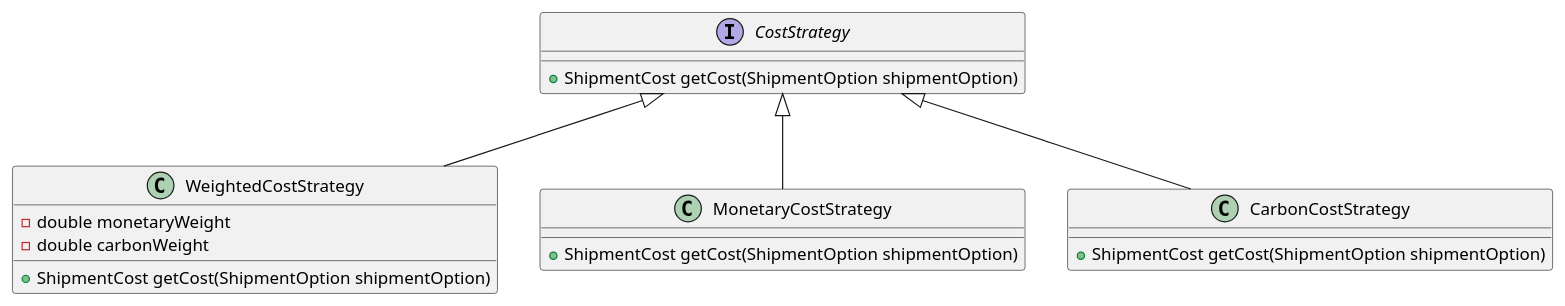
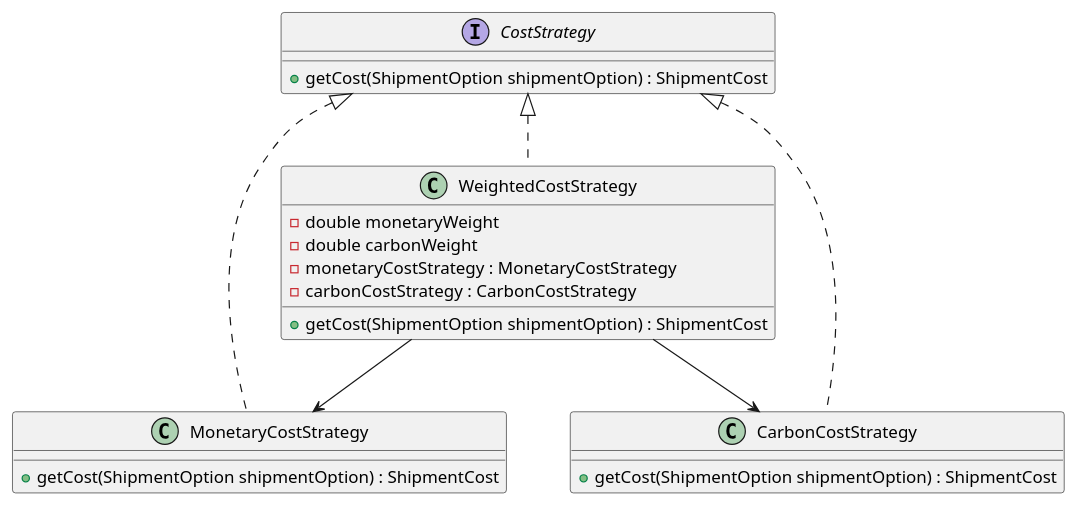
Before and after one commit to f-julie/bd-designing-with-java-project-me: the diagram in src/resources/mastery_task_05_CD.puml, drawn with PlantUML. The commit also changed 7 other files, not shown here.

```diff
--- a/src/resources/mastery_task_05_CD.puml
+++ b/src/resources/mastery_task_05_CD.puml
@@ -1,27 +1,31 @@
 @startuml
 'https://plantuml.com/class-diagram
 
 interface CostStrategy {
-+ShipmentCost getCost(ShipmentOption shipmentOption)
++getCost(ShipmentOption shipmentOption) : ShipmentCost
 }
 
 class WeightedCostStrategy {
 -double monetaryWeight
 -double carbonWeight
+-monetaryCostStrategy : MonetaryCostStrategy
+-carbonCostStrategy : CarbonCostStrategy
 
-+ShipmentCost getCost(ShipmentOption shipmentOption)
++getCost(ShipmentOption shipmentOption) : ShipmentCost
 }
 
 class MonetaryCostStrategy {
-+ShipmentCost getCost(ShipmentOption shipmentOption)
++getCost(ShipmentOption shipmentOption) : ShipmentCost
 }
 
 class CarbonCostStrategy {
-+ShipmentCost getCost(ShipmentOption shipmentOption)
++getCost(ShipmentOption shipmentOption) : ShipmentCost
 }
 
-CostStrategy <|-- WeightedCostStrategy
-CostStrategy <|-- MonetaryCostStrategy
-CostStrategy <|-- CarbonCostStrategy
+CostStrategy <|.. WeightedCostStrategy
+CostStrategy <|.. MonetaryCostStrategy
+CostStrategy <|.. CarbonCostStrategy
+WeightedCostStrategy --> MonetaryCostStrategy
+WeightedCostStrategy --> CarbonCostStrategy
 
 @enduml
```
